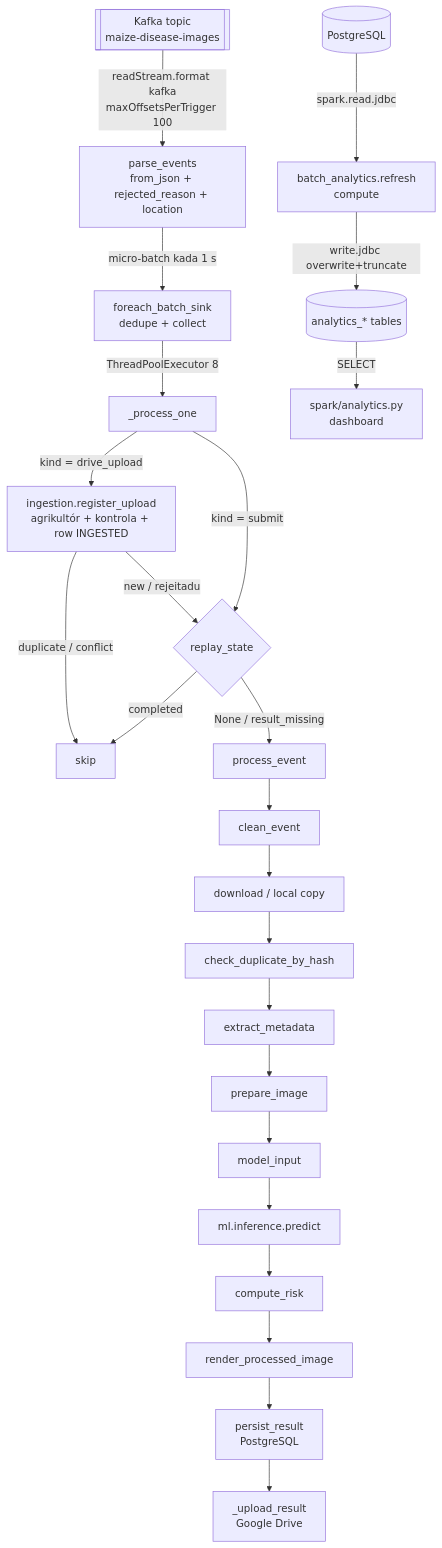
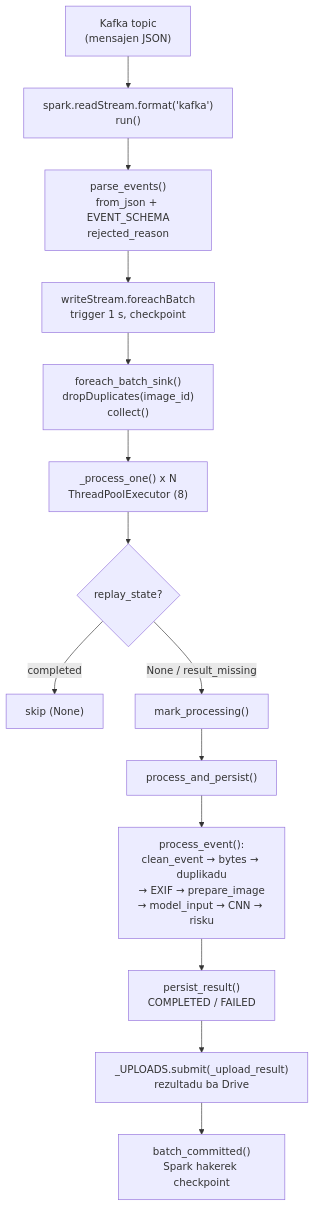
Before and after one commit to AOD-collab/-crop-disease-ews: the first of 4 diagrams in documentation/technical_modules/src/01_spark_module.md, drawn with Mermaid. The commit also changed other lines of this file and 41 other files, not shown here.

````diff
--- a/documentation/technical_modules/src/01_spark_module.md
+++ b/documentation/technical_modules/src/01_spark_module.md
@@ -44,20 +181,16 @@
 ```mermaid
 flowchart TD
-    K[[Kafka topic<br/>maize-disease-images]] -- "readStream.format kafka<br/>maxOffsetsPerTrigger 100" --> P[parse_events<br/>from_json + rejected_reason + location]
-    P -- "micro-batch kada 1 s" --> S[foreach_batch_sink<br/>dedupe + collect]
-    S -- "ThreadPoolExecutor 8" --> O[_process_one]
-    O -- "kind = drive_upload" --> ING[ingestion.register_upload<br/>agrikultór + kontrola + row INGESTED]
-    ING -- "duplicate / conflict" --> X[skip]
-    ING -- "new / rejeitadu" --> R
-    O -- "kind = submit" --> R{replay_state}
-    R -- "completed" --> X
-    R -- "None / result_missing" --> PE[process_event]
-    PE --> CE[clean_event] --> DL[download / local copy] --> DUP[check_duplicate_by_hash]
-    DUP --> MD[extract_metadata] --> PI[prepare_image] --> MI[model_input] --> CNN[ml.inference.predict]
-    CNN --> RK[compute_risk] --> RD[render_processed_image]
-    RD --> PR[persist_result<br/>PostgreSQL]
-    PR --> UP[_upload_result<br/>Google Drive]
-    DB[(PostgreSQL)] -- "spark.read.jdbc" --> BA[batch_analytics.refresh<br/>compute]
-    BA -- "write.jdbc overwrite+truncate" --> AT[(analytics_* tables)]
-    AT -- "SELECT" --> DASH[spark/analytics.py<br/>dashboard]
+    A["Kafka topic<br/>(mensajen JSON)"] --> B["spark.readStream.format('kafka')<br/>run()"]
+    B --> C["parse_events()<br/>from_json + EVENT_SCHEMA<br/>rejected_reason"]
+    C --> D["writeStream.foreachBatch<br/>trigger 1 s, checkpoint"]
+    D --> E["foreach_batch_sink()<br/>dropDuplicates(image_id)<br/>collect()"]
+    E --> F["_process_one() x N<br/>ThreadPoolExecutor (8)"]
+    F --> G{"replay_state?"}
+    G -- completed --> S["skip (None)"]
+    G -- None / result_missing --> H["mark_processing()"]
+    H --> I["process_and_persist()"]
+    I --> J["process_event():<br/>clean_event → bytes → duplikadu<br/>→ EXIF → prepare_image<br/>→ model_input → CNN → risku"]
+    J --> K["persist_result()<br/>COMPLETED / FAILED"]
+    K --> L["_UPLOADS.submit(_upload_result)<br/>rezultadu ba Drive"]
+    L --> M["batch_committed()<br/>Spark hakerek checkpoint"]
 ```
````
